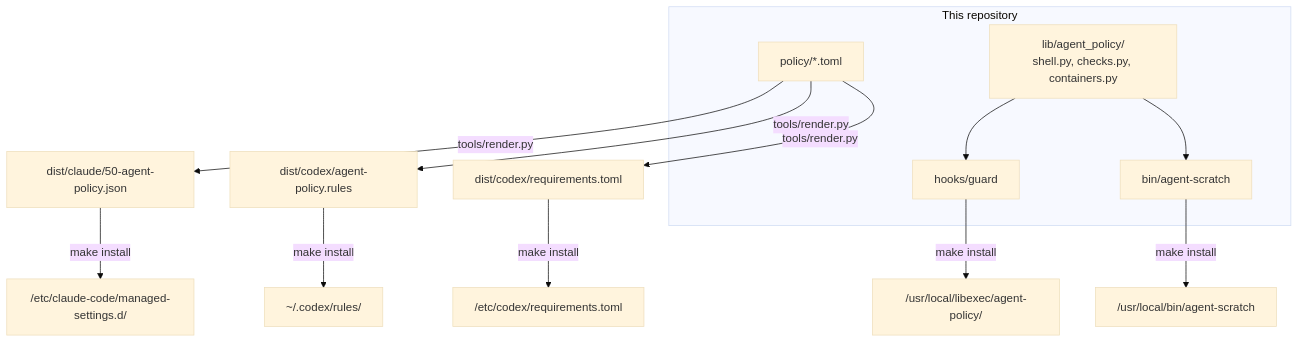
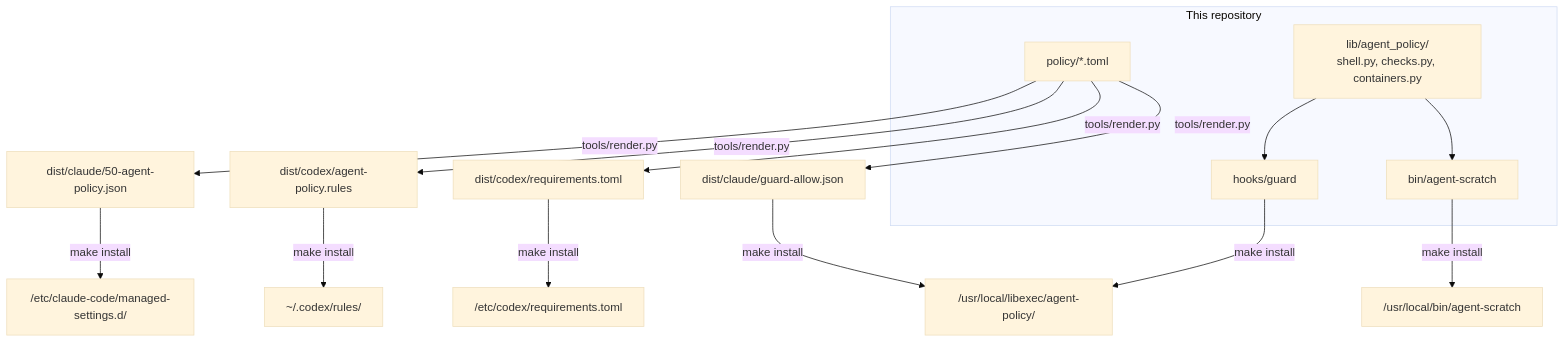
One commit to ivan-pinatti-labs/agent-policy changed the diagram in docs/ARCHITECTURE.md. Above: the diagram before and after it, drawn with Mermaid (base theme). The commit also changed other lines of this file and 16 other files, not shown here.

First line of the commit message:
feat: let the guard allow git -C and aws reads, and drop the rules Claude Code warns about (#17)

````diff
--- a/docs/ARCHITECTURE.md
+++ b/docs/ARCHITECTURE.md
@@ -10,19 +10,21 @@
 ```mermaid
 flowchart TB
   subgraph source["This repository"]
     P["policy/*.toml"]
     L["lib/agent_policy/<br/>shell.py, checks.py, containers.py"]
     G["hooks/guard"]
     S["bin/agent-scratch"]
   end
   P -->|tools/render.py| D1["dist/claude/50-agent-policy.json"]
   P -->|tools/render.py| D2["dist/codex/agent-policy.rules"]
   P -->|tools/render.py| D3["dist/codex/requirements.toml"]
+  P -->|tools/render.py| D4["dist/claude/guard-allow.json"]
   L --> G
   L --> S
   D1 -->|make install| I1["/etc/claude-code/managed-settings.d/"]
   D2 -->|make install| I2["~/.codex/rules/"]
   D3 -->|make install| I3["/etc/codex/requirements.toml"]
   G -->|make install| I4["/usr/local/libexec/agent-policy/"]
+  D4 -->|make install| I4
   S -->|make install| I5["/usr/local/bin/agent-scratch"]
 ```
````
